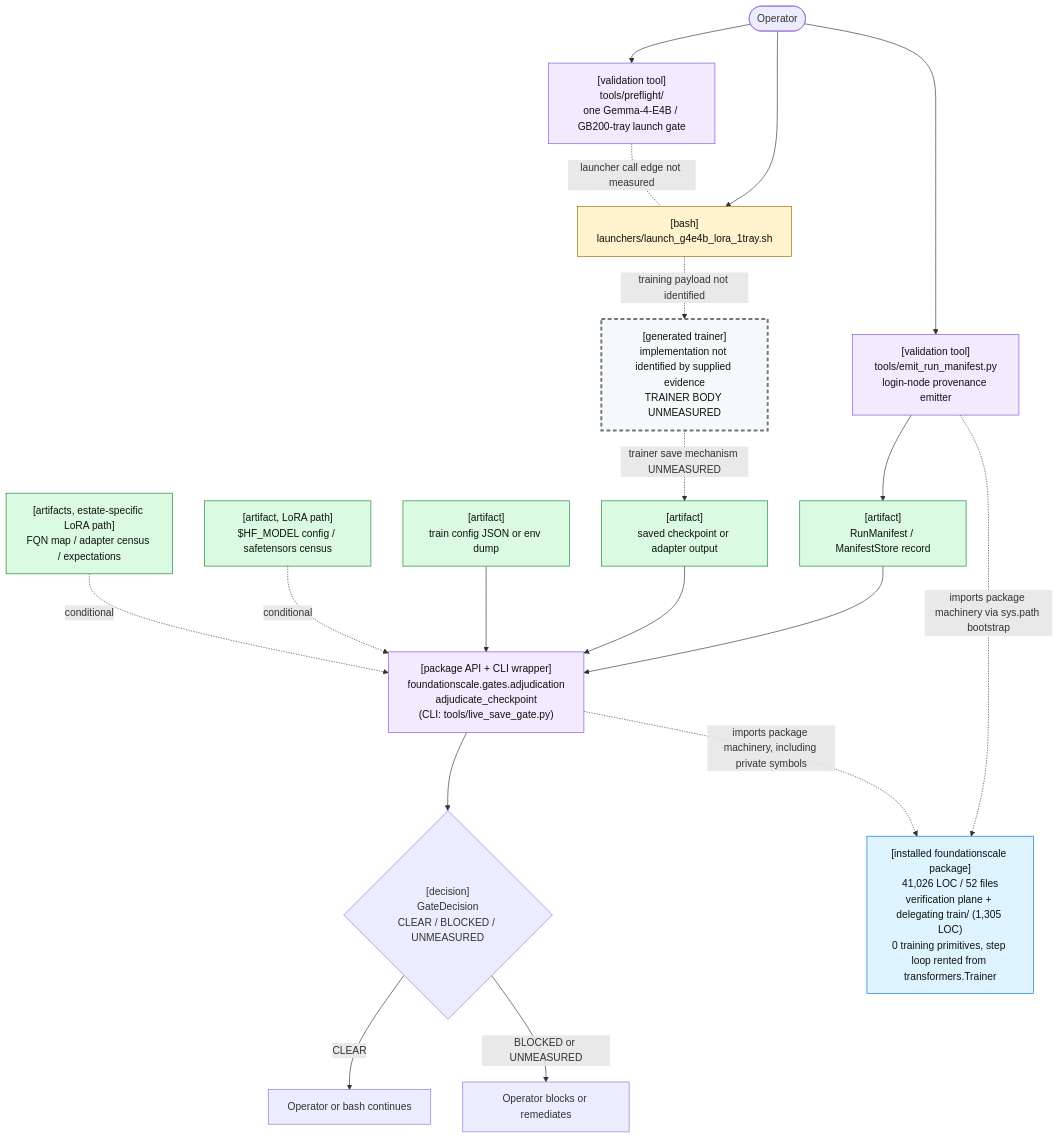
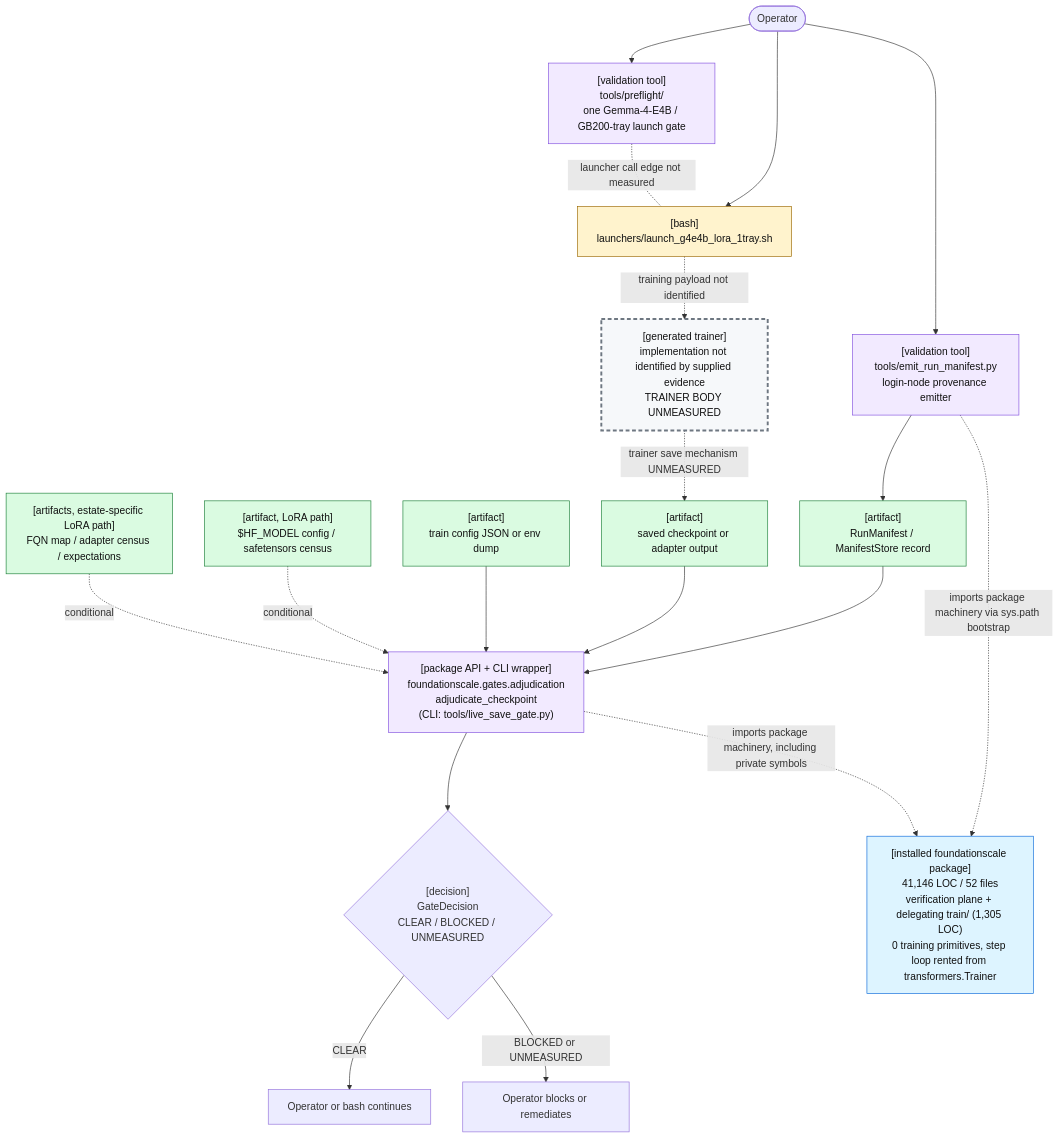
One commit to TranNhiem/FoundationScale changed the first of 2 diagrams in docs/review/D2_current_architecture.md. Above: the diagram before and after it, drawn with Mermaid. The commit also changed other lines of this file and 19 other files, not shown here.

````diff
--- a/docs/review/D2_current_architecture.md
+++ b/docs/review/D2_current_architecture.md
@@ -25,59 +25,59 @@
 ```mermaid
 flowchart TB
   O(["Operator"])
 
   PF["[validation tool]<br/>tools/preflight/<br/>one Gemma-4-E4B / GB200-tray launch gate"]
   L["[bash]<br/>launchers/launch_g4e4b_lora_1tray.sh"]
 
   E["[validation tool]<br/>tools/emit_run_manifest.py<br/>login-node provenance emitter"]
   M["[artifact]<br/>RunManifest / ManifestStore record"]
 
   T["[generated trainer]<br/>implementation not identified by supplied evidence<br/>TRAINER BODY UNMEASURED"]
   C["[artifact]<br/>saved checkpoint or adapter output"]
 
   G["[package API + CLI wrapper]<br/>foundationscale.gates.adjudication<br/>adjudicate_checkpoint<br/>(CLI: tools/live_save_gate.py)"]
   CFG["[artifact]<br/>train config JSON or env dump"]
   BASE["[artifact, LoRA path]<br/>$HF_MODEL config / safetensors census"]
   CEN["[artifacts, estate-specific LoRA path]<br/>FQN map / adapter census / expectations"]
 
   D{"[decision]<br/>GateDecision<br/>CLEAR / BLOCKED / UNMEASURED"}
   OK["Operator or bash continues"]
   NO["Operator blocks or remediates"]
 
-  PKG["[installed foundationscale package]<br/>41,026 LOC / 52 files<br/>verification plane + delegating train/ (1,305 LOC)<br/>0 training primitives, step loop rented from transformers.Trainer"]
+  PKG["[installed foundationscale package]<br/>41,146 LOC / 52 files<br/>verification plane + delegating train/ (1,305 LOC)<br/>0 training primitives, step loop rented from transformers.Trainer"]
 
   O --> PF
   O --> L
   PF -. "launcher call edge not measured" .- L
 
   O --> E
   E --> M
 
   L -. "training payload not identified" .-> T
   T -. "trainer save mechanism UNMEASURED" .-> C
 
   M --> G
   C --> G
   CFG --> G
   BASE -. "conditional" .-> G
   CEN -. "conditional" .-> G
 
   E -. "imports package machinery via sys.path bootstrap" .-> PKG
   G -. "imports package machinery, including private symbols" .-> PKG
 
   G --> D
   D -->|"CLEAR"| OK
   D -->|"BLOCKED or UNMEASURED"| NO
 
   classDef bash fill:#fff3cd,stroke:#9a6700,color:#111;
   classDef tool fill:#f2eaff,stroke:#8250df,color:#111;
   classDef artifact fill:#dafbe1,stroke:#1a7f37,color:#111;
   classDef gap fill:#f6f8fa,stroke:#6e7781,stroke-width:3px,stroke-dasharray: 6 4,color:#111;
   classDef pkg fill:#ddf4ff,stroke:#0969da,color:#111;
 
   class L bash;
   class PF,E,G tool;
   class M,C,CFG,BASE,CEN artifact;
   class T gap;
   class PKG pkg;
 ```
````
